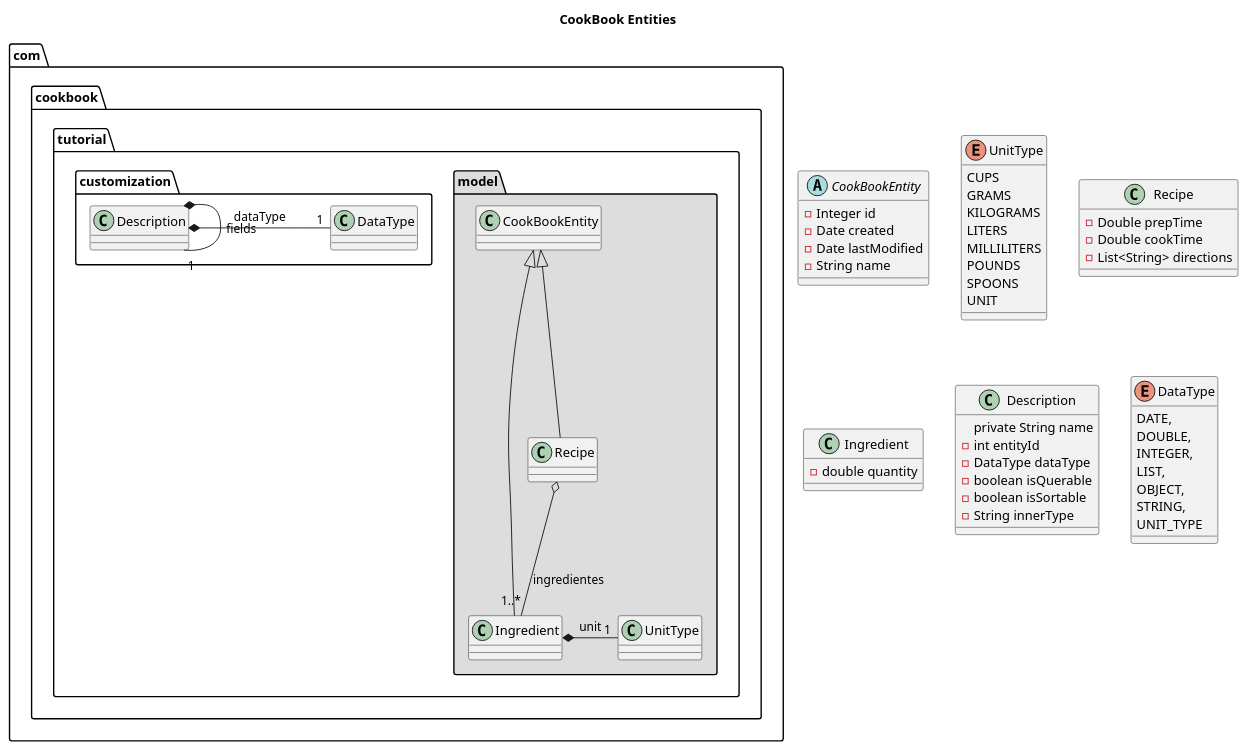
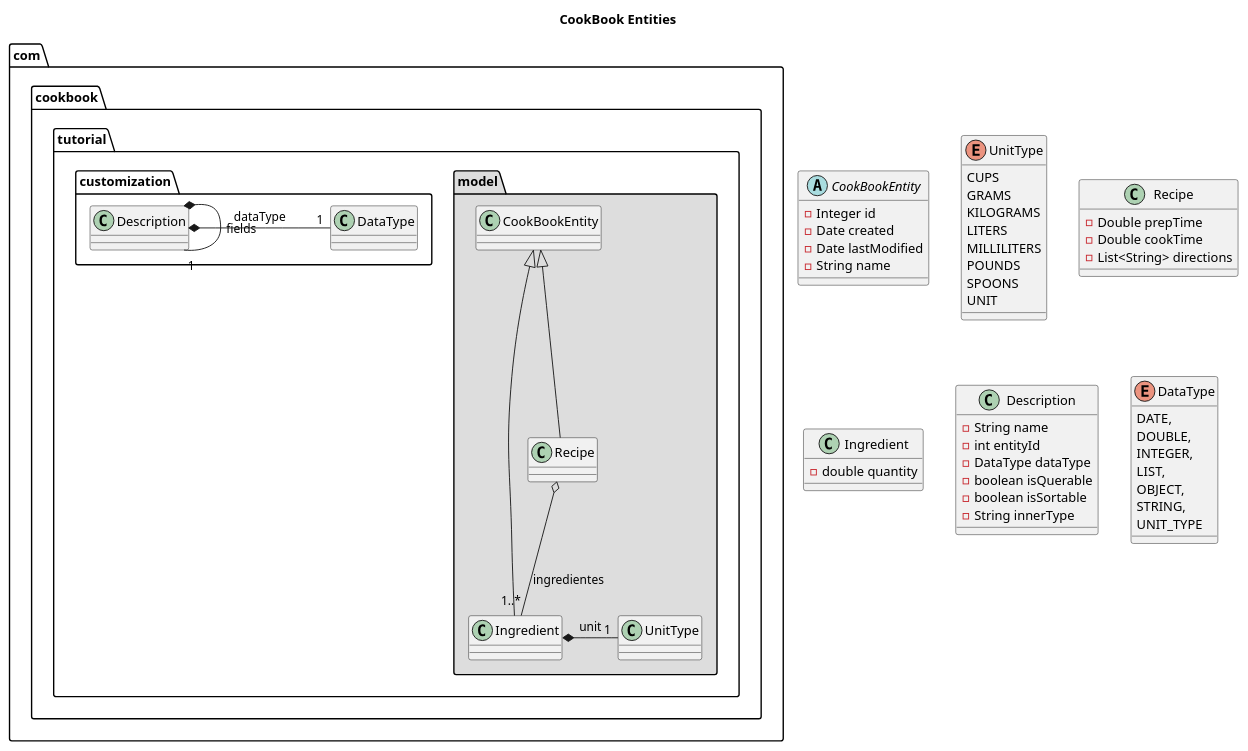
Before and after one commit to mulesoft/mule-cookbook: the diagram in model/README.adoc, drawn with PlantUML. The commit also changed 1 other file, not shown here.

Commit message:
Add validation of query and fix doc issue

```diff
--- a/model/README.adoc
+++ b/model/README.adoc
@@ -5,60 +5,60 @@
 [plantuml,model,png]
 ----
 title CookBook Entities
 
 package "com.cookbook.tutorial.model" #DDDDDD {
 CookBookEntity <|-- Recipe
 CookBookEntity <|-- Ingredient
 Recipe o-- “1..*” Ingredient : ingredientes
 Ingredient *- “1“ UnitType : unit
 }
 
 abstract class CookBookEntity {
 - Integer id
 - Date created
 - Date lastModified
 - String name
 }
 
 enum UnitType {
     CUPS
     GRAMS
     KILOGRAMS
     LITERS
     MILLILITERS
     POUNDS
     SPOONS
     UNIT
 }
 class Recipe {
 -Double prepTime
 -Double cookTime
 -List<String> directions
 }
 class Ingredient {
 -double quantity
 }
 
 
 package "com.cookbook.tutorial.customization” {
 Description *- “1“ Description : fields
 Description *- “1“ DataType : dataType
 }
 class Description {
-private String name
+-String name
 -int entityId
 -DataType dataType
 -boolean isQuerable
 -boolean isSortable
 -String innerType
 }
 enum DataType {
     DATE,
     DOUBLE,
     INTEGER,
     LIST,
     OBJECT,
     STRING,
     UNIT_TYPE
 }
 ----
```
